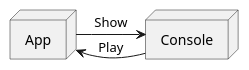
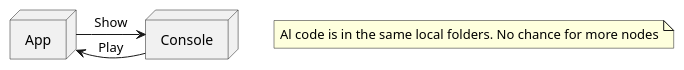
One commit to BernatQI/Master-Programacion-Diseno-Software changed the diagram in Connect4/oop-js-functions/UML/PlantUML/structure-diagrams/deployment-diagram.plantuml. Above: the diagram before and after it, drawn with PlantUML. The commit also changed 5 other files, not shown here.

Commit message:
State diagram

```diff
--- a/Connect4/oop-js-functions/UML/PlantUML/structure-diagrams/deployment-diagram.plantuml
+++ b/Connect4/oop-js-functions/UML/PlantUML/structure-diagrams/deployment-diagram.plantuml
@@ -1,9 +1,11 @@
 @startuml "Deployment Diagram"
 
 node Console
 node App
 
 App -> Console : "Show"
 Console -> App : "Play"
 
+note "Al code is in the same local folders. No chance for more nodes" as N1
+
 @enduml
```
